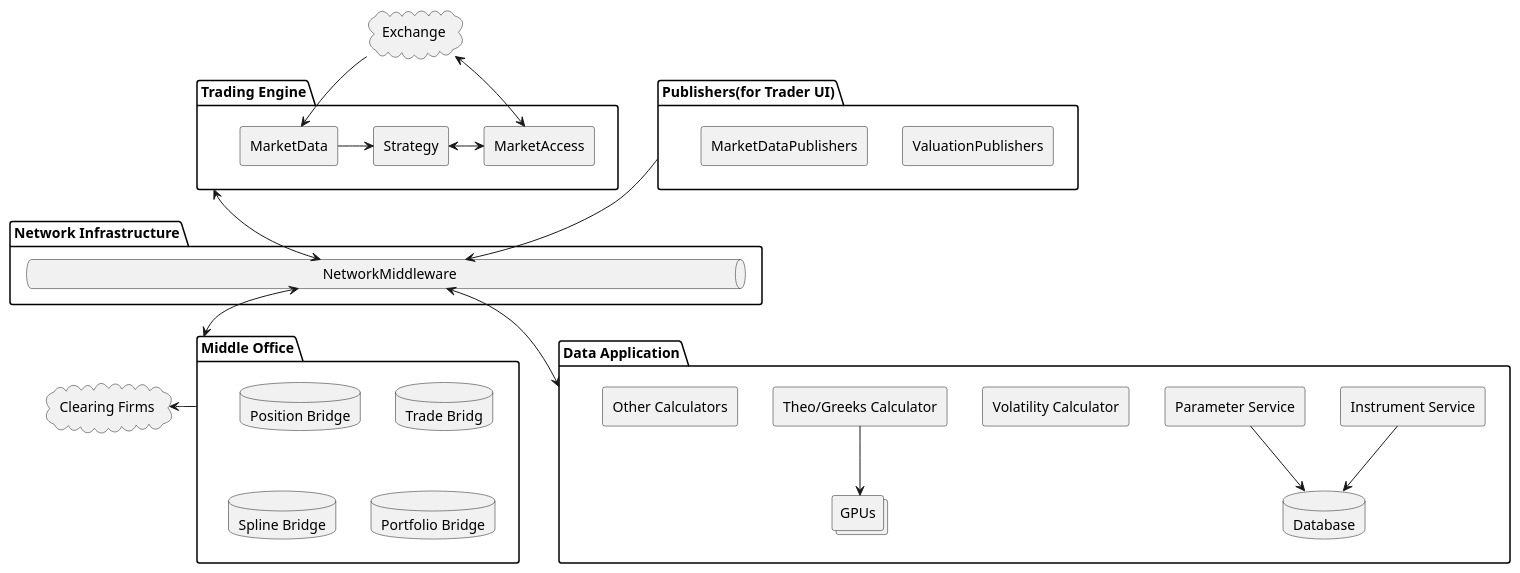
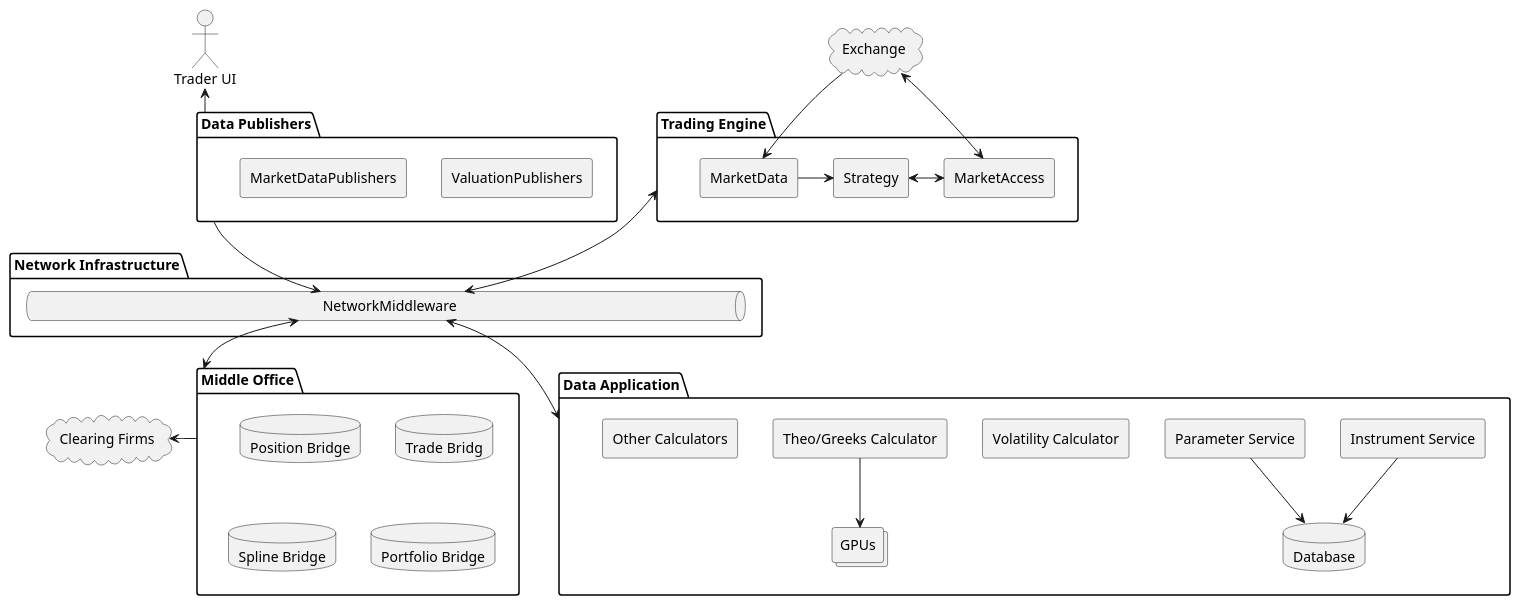
The diagram in assets/images/posts/2023-02-10-trading-platform-architecture-review/high-level-overview.plantuml (zhanghaowx/blog-escape), drawn with PlantUML before and after one commit. The commit also changed 2 other files, not shown here.

Commit message:
Update post draft "trading platform architecture review"

```diff
--- a/assets/images/posts/2023-02-10-trading-platform-architecture-review/high-level-overview.plantuml
+++ b/assets/images/posts/2023-02-10-trading-platform-architecture-review/high-level-overview.plantuml
@@ -1,54 +1,57 @@
 @startuml
 
 cloud Exchange
+
+:Trader UI: as TraderUI
 
 package "Trading Engine" as TradingEngine {
   rectangle MarketAccess
   rectangle MarketData
   Rectangle Strategy
   
   MarketData -> Strategy
   Strategy <-> MarketAccess
   MarketAccess <-u-> Exchange
   MarketData <- Exchange
 }
 
-package "Publishers(for Trader UI)" as Publishers {
+package "Data Publishers" as Publishers {
   rectangle ValuationPublishers
   rectangle MarketDataPublishers
 }
 
 package "Network Infrastructure" as NetworkInfrastructure {
   queue "\t\t\t\t\t\t\t\t\t\tNetworkMiddleware\t\t\t\t\t\t\t\t\t\t" as NetworkMiddleware
 }
 
 package "Data Application" as Database {
   rectangle "Instrument Service" as InstrumentService
   rectangle "Parameter Service" as ParameterService
   database "Database" as DB
   rectangle "Volatility Calculator" as VolCalc
   rectangle "Theo/Greeks Calculator" as TheoCalc
   rectangle "Other Calculators" as OtherCalc
   collections "GPUs"
 
   InstrumentService -d-> DB
   ParameterService -d-> DB
   TheoCalc -d-> GPUs
 }
 
 package "Middle Office" as MiddleOffice {
   database "Position Bridge"
   database "Trade Bridg"
   database "Spline Bridge"
   database "Portfolio Bridge"
 }
 
 cloud "Clearing Firms" as Clearing
 
+Publishers -u-> TraderUI
 Publishers -d-> NetworkMiddleware
 TradingEngine <-d-> NetworkMiddleware
 NetworkMiddleware <-d-> MiddleOffice
 NetworkMiddleware <-d-> Database
 MiddleOffice -l-> Clearing
 
 @enduml
```
